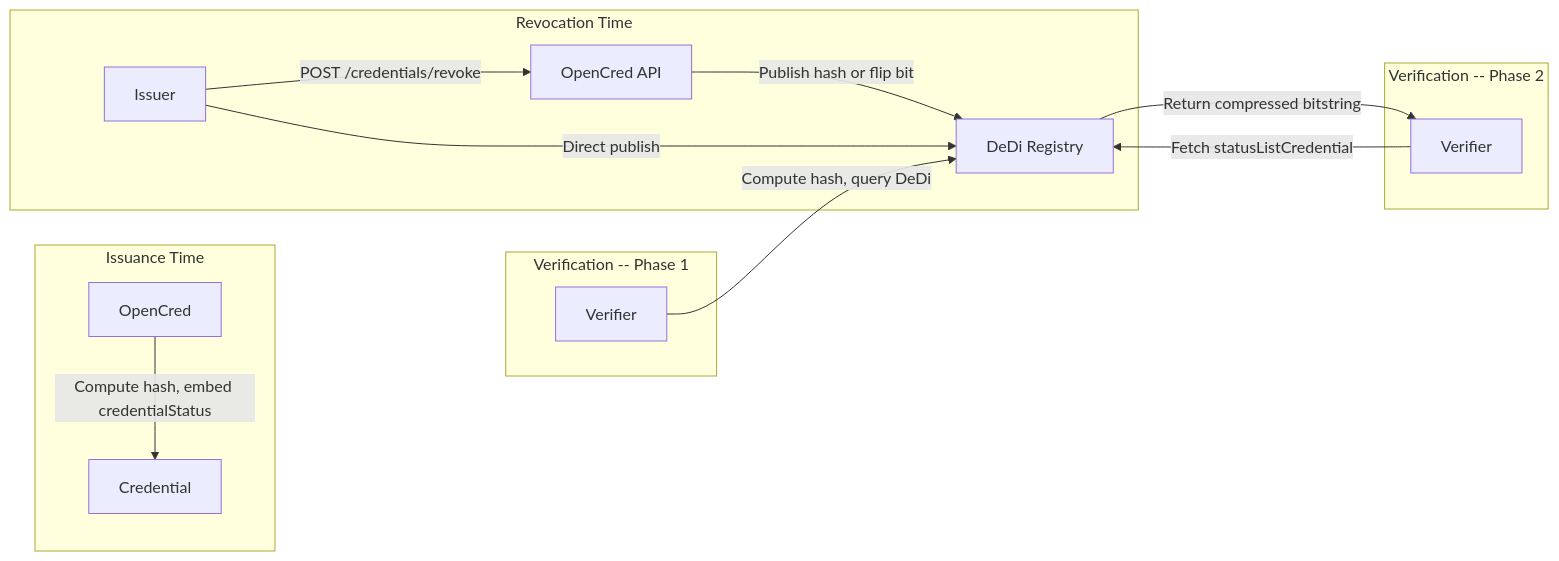
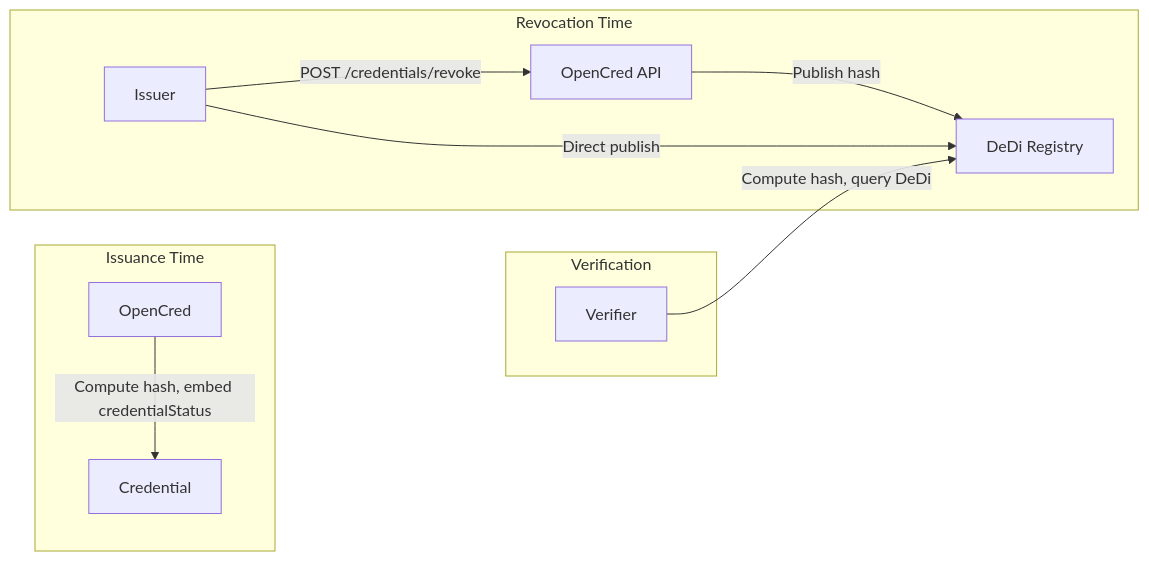
The third of 5 diagrams in OpenCred_PRD.md (nfh-trust-labs/opencred), drawn with Mermaid before and after one commit. The commit also changed other lines of this file, not shown here.

First line of the commit message:
Restructure PRD: simplify architecture, add interfaces, redefine issuer types

````diff
--- a/OpenCred_PRD.md
+++ b/OpenCred_PRD.md
@@ -449,18 +432,14 @@
 ```mermaid
 flowchart LR
     subgraph issuance [Issuance Time]
         A[OpenCred] -->|"Compute hash, embed credentialStatus"| B[Credential]
     end
     subgraph revocation [Revocation Time]
         C[Issuer] -->|"POST /credentials/revoke"| D[OpenCred API]
-        D -->|"Publish hash or flip bit"| E[DeDi Registry]
+        D -->|"Publish hash"| E[DeDi Registry]
         C -->|"Direct publish"| E
     end
-    subgraph verifyPhase1 [Verification -- Phase 1]
-        F1[Verifier] -->|"Compute hash, query DeDi"| E
-    end
-    subgraph verifyPhase2 [Verification -- Phase 2]
-        F2[Verifier] -->|"Fetch statusListCredential"| E
-        E -->|"Return compressed bitstring"| F2
+    subgraph verification [Verification]
+        F[Verifier] -->|"Compute hash, query DeDi"| E
     end
 ```
````
